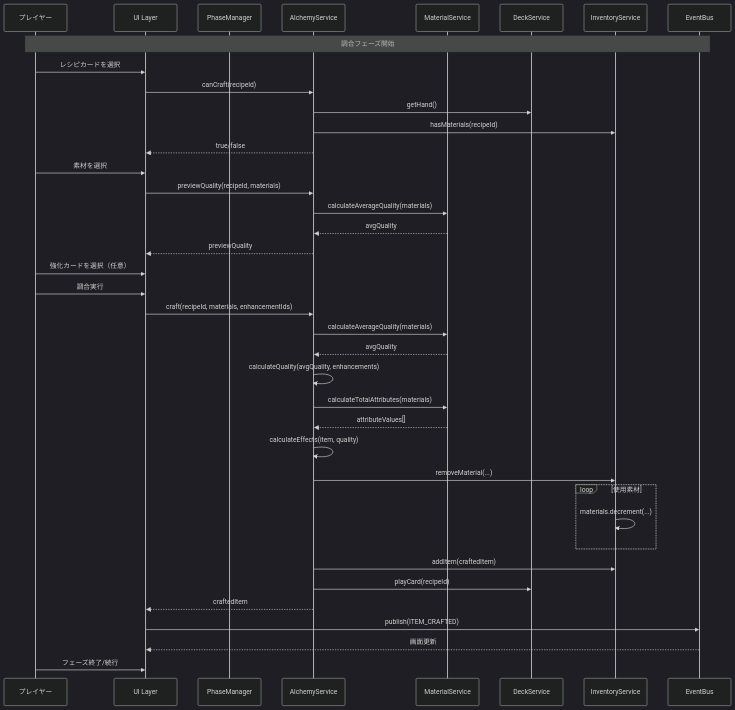
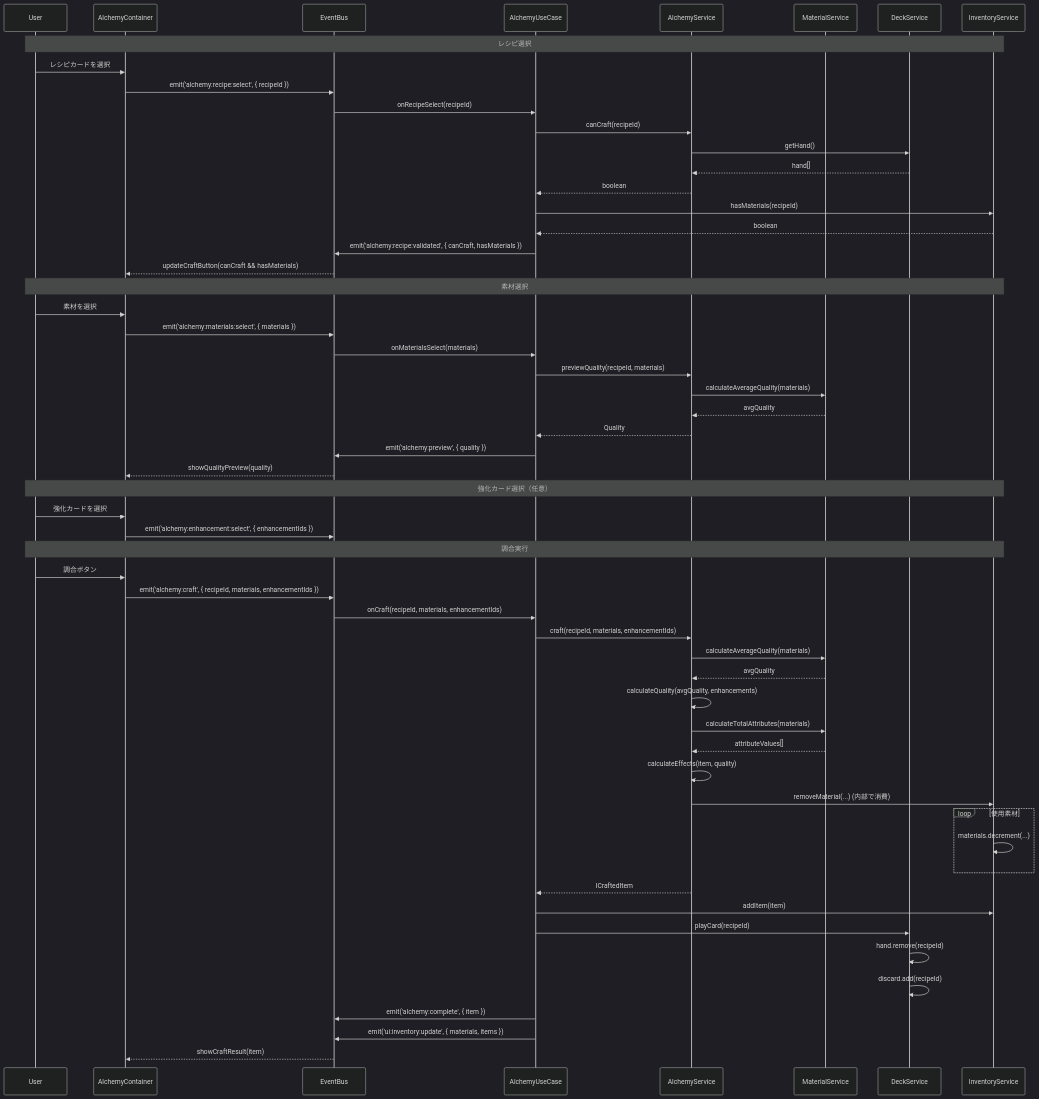
One commit to yaguma/atelier changed the seventh of 32 diagrams in docs/design/atelier-guild-rank/dataflow.md. Above: the diagram before and after it, drawn with Mermaid (dark theme). The commit also changed other lines of this file and 7 other files, not shown here.

````diff
--- a/docs/design/atelier-guild-rank/dataflow.md
+++ b/docs/design/atelier-guild-rank/dataflow.md
@@ -168,52 +268,74 @@
 ```mermaid
 sequenceDiagram
-    participant Player as プレイヤー
-    participant UI as UI Layer
-    participant PM as PhaseManager
+    participant U as User
+    participant AC as AlchemyContainer
+    participant EB as EventBus
+    participant AUC as AlchemyUseCase
     participant AS as AlchemyService
     participant MS as MaterialService
     participant DS as DeckService
     participant IS as InventoryService
-    participant EB as EventBus
 
-    Note over Player,EB: 調合フェーズ開始
+    Note over U,IS: レシピ選択
+    U->>AC: レシピカードを選択
+    AC->>EB: emit('alchemy:recipe:select', { recipeId })
 
-    Player->>UI: レシピカードを選択
-    UI->>AS: canCraft(recipeId)
+    EB->>AUC: onRecipeSelect(recipeId)
+    AUC->>AS: canCraft(recipeId)
     AS->>DS: getHand()
-    AS->>IS: hasMaterials(recipeId)
-    AS-->>UI: true/false
+    DS-->>AS: hand[]
+    AS-->>AUC: boolean
+    AUC->>IS: hasMaterials(recipeId)
+    IS-->>AUC: boolean
 
-    Player->>UI: 素材を選択
-    UI->>AS: previewQuality(recipeId, materials)
+    AUC->>EB: emit('alchemy:recipe:validated', { canCraft, hasMaterials })
+    EB-->>AC: updateCraftButton(canCraft && hasMaterials)
+
+    Note over U,IS: 素材選択
+    U->>AC: 素材を選択
+    AC->>EB: emit('alchemy:materials:select', { materials })
+
+    EB->>AUC: onMaterialsSelect(materials)
+    AUC->>AS: previewQuality(recipeId, materials)
     AS->>MS: calculateAverageQuality(materials)
     MS-->>AS: avgQuality
-    AS-->>UI: previewQuality
+    AS-->>AUC: Quality
 
-    Player->>UI: 強化カードを選択（任意）
-    Player->>UI: 調合実行
+    AUC->>EB: emit('alchemy:preview', { quality })
+    EB-->>AC: showQualityPreview(quality)
 
-    UI->>AS: craft(recipeId, materials, enhancementIds)
+    Note over U,IS: 強化カード選択（任意）
+    U->>AC: 強化カードを選択
+    AC->>EB: emit('alchemy:enhancement:select', { enhancementIds })
+
+    Note over U,IS: 調合実行
+    U->>AC: 調合ボタン
+    AC->>EB: emit('alchemy:craft', { recipeId, materials, enhancementIds })
+
+    EB->>AUC: onCraft(recipeId, materials, enhancementIds)
+    AUC->>AS: craft(recipeId, materials, enhancementIds)
 
     AS->>MS: calculateAverageQuality(materials)
     MS-->>AS: avgQuality
     AS->>AS: calculateQuality(avgQuality, enhancements)
     AS->>MS: calculateTotalAttributes(materials)
     MS-->>AS: attributeValues[]
     AS->>AS: calculateEffects(item, quality)
 
-    AS->>IS: removeMaterial(...)
+    AS->>IS: removeMaterial(...) (内部で消費)
     loop 使用素材
         IS->>IS: materials.decrement(...)
     end
 
-    AS->>IS: addItem(craftedItem)
+    AS-->>AUC: ICraftedItem
 
-    AS->>DS: playCard(recipeId)
+    AUC->>IS: addItem(item)
+    AUC->>DS: playCard(recipeId)
+    DS->>DS: hand.remove(recipeId)
+    DS->>DS: discard.add(recipeId)
 
-    AS-->>UI: craftedItem
-    UI->>EB: publish(ITEM_CRAFTED)
-    EB-->>UI: 画面更新
+    AUC->>EB: emit('alchemy:complete', { item })
+    AUC->>EB: emit('ui:inventory:update', { materials, items })
 
-    Player->>UI: フェーズ終了/続行
+    EB-->>AC: showCraftResult(item)
 ```
````
